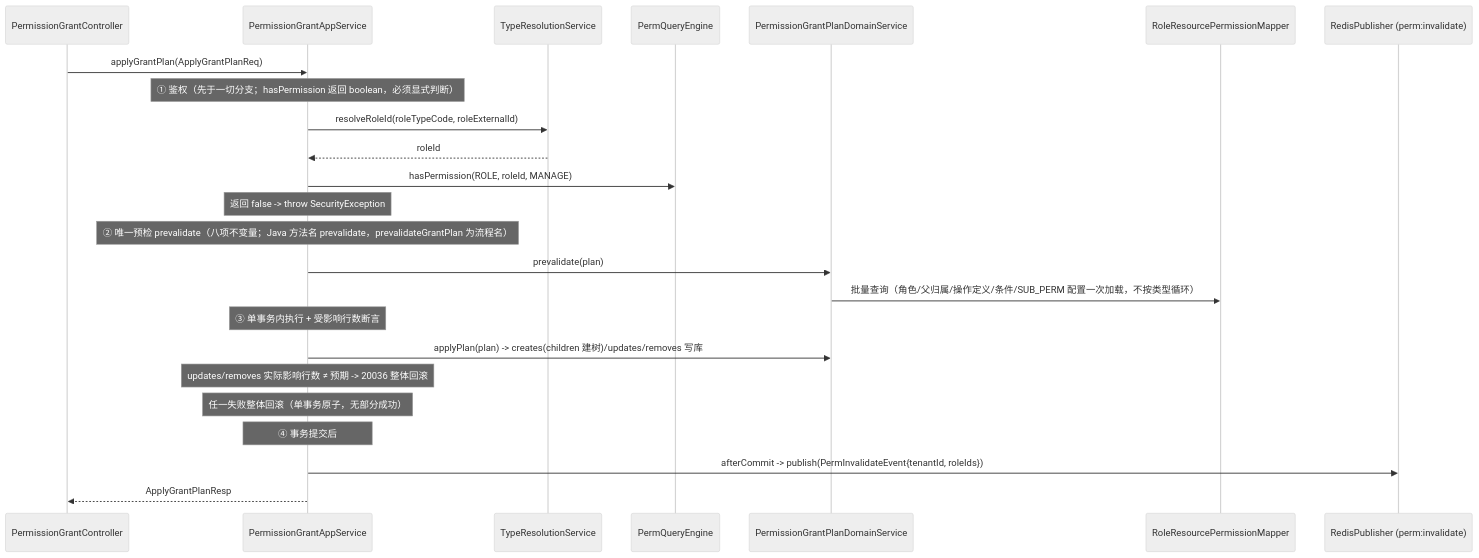
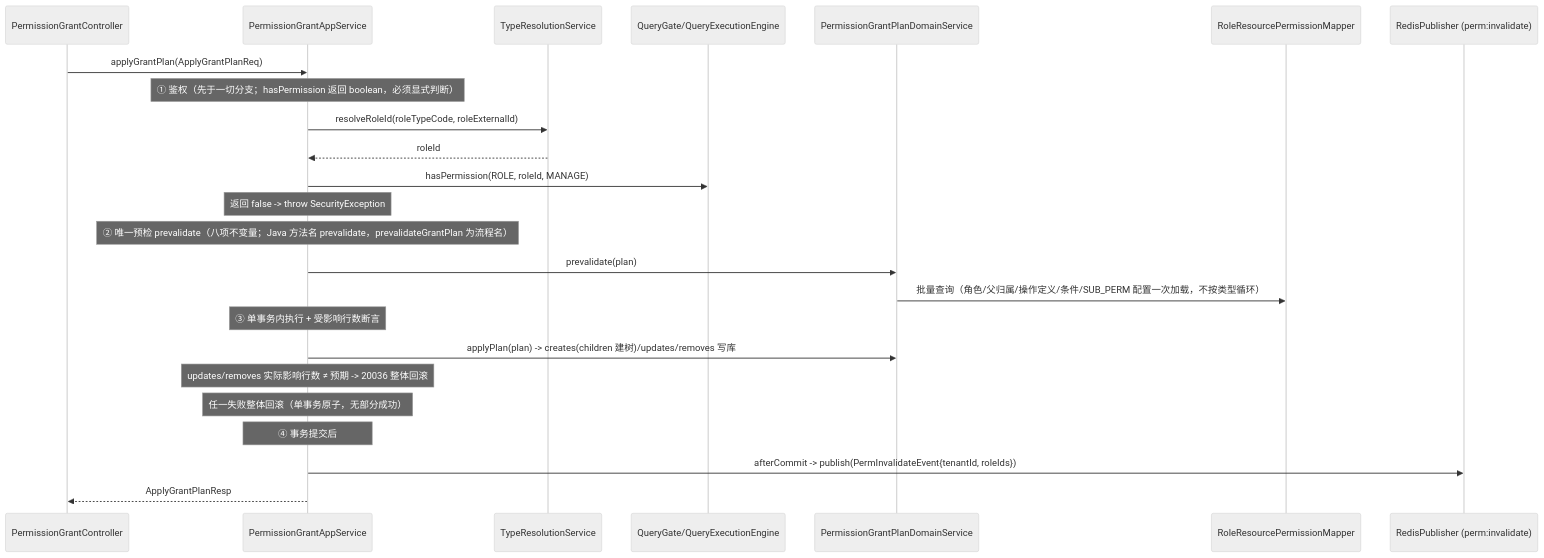
Before and after one commit to fage-org/Access-Mesh: the diagram in docs/design/engine/implementation.md, drawn with Mermaid (neutral theme). The commit also changed other lines of this file and 54 other files, not shown here.

````diff
--- a/docs/design/engine/implementation.md
+++ b/docs/design/engine/implementation.md
@@ -598,32 +634,32 @@
 ```mermaid
 sequenceDiagram
     participant C as PermissionGrantController
     participant PS as PermissionGrantAppService
     participant TR as TypeResolutionService
-    participant ENG as PermQueryEngine
+    participant ENG as QueryGate/QueryExecutionEngine
     participant PGD as PermissionGrantPlanDomainService
     participant Mapper as RoleResourcePermissionMapper
     participant PUB as RedisPublisher (perm:invalidate)
 
     C->>PS: applyGrantPlan(ApplyGrantPlanReq)
 
     Note over PS: ① 鉴权（先于一切分支；hasPermission 返回 boolean，必须显式判断）
     PS->>TR: resolveRoleId(roleTypeCode, roleExternalId)
     TR-->>PS: roleId
     PS->>ENG: hasPermission(ROLE, roleId, MANAGE)
     Note over PS: 返回 false -> throw SecurityException
 
     Note over PS: ② 唯一预检 prevalidate（八项不变量；Java 方法名 prevalidate，prevalidateGrantPlan 为流程名）
     PS->>PGD: prevalidate(plan)
     PGD->>Mapper: 批量查询（角色/父归属/操作定义/条件/SUB_PERM 配置一次加载，不按类型循环）
 
     Note over PS: ③ 单事务内执行 + 受影响行数断言
     PS->>PGD: applyPlan(plan) -> creates(children 建树)/updates/removes 写库
     Note over PS: updates/removes 实际影响行数 ≠ 预期 -> 20036 整体回滚
     Note over PS: 任一失败整体回滚（单事务原子，无部分成功）
 
     Note over PS: ④ 事务提交后
     PS->>PUB: afterCommit -> publish(PermInvalidateEvent{tenantId, roleIds})
 
     PS-->>C: ApplyGrantPlanResp
 ```
````
